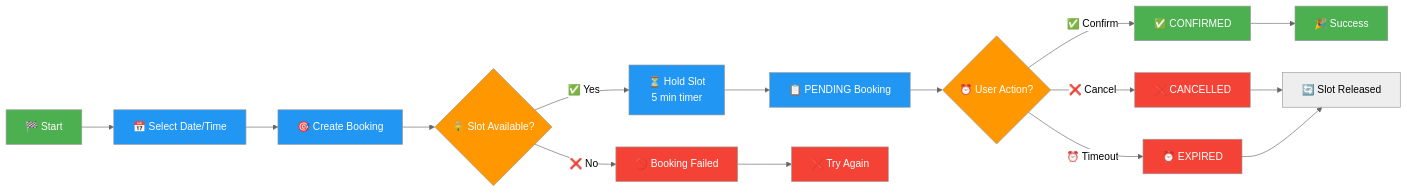
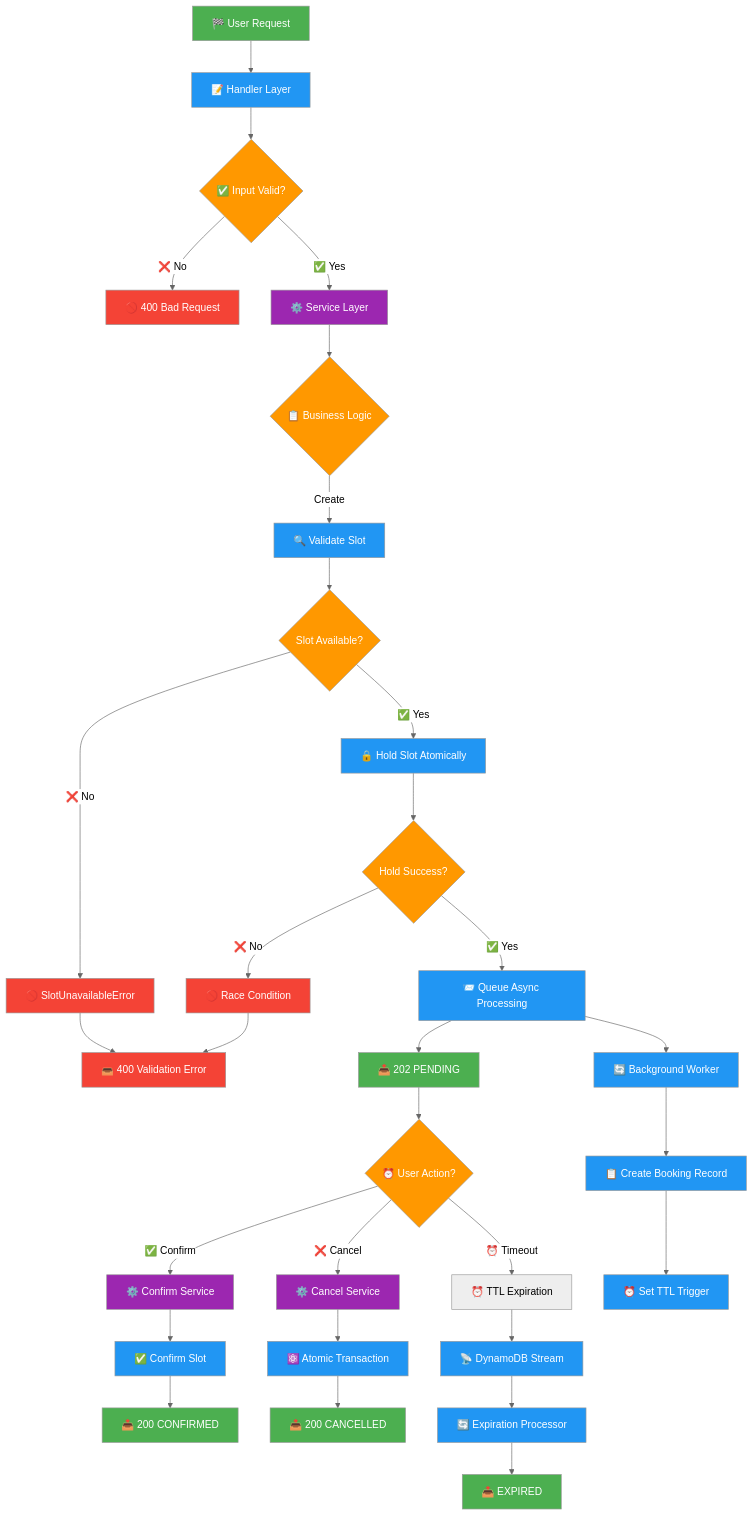
One commit to SrideviMR/AppointmentBooking changed the third of 7 diagrams in visual-flow-diagram.md. Above: the diagram before and after it, drawn with Mermaid (neutral theme). The commit also changed other lines of this file and 424 other files, not shown here.

Commit message:
added service layer

````diff
--- a/visual-flow-diagram.md
+++ b/visual-flow-diagram.md
@@ -81,38 +158,67 @@
 ```mermaid
-flowchart LR
-    %% User Journey
-    A[🏁 Start] --> B[📅 Select Date/Time]
-    B --> C[🎯 Create Booking]
-    C --> D{🔒 Slot Available?}
+flowchart TD
+    %% Start
+    A[🏁 User Request] --> B[📝 Handler Layer]
     
-    %% Success Path
-    D -->|✅ Yes| E[⏳ Hold Slot<br/>5 min timer]
-    E --> F[📋 PENDING Booking]
-    F --> G{⏰ User Action?}
+    %% Handler Processing
+    B --> C{✅ Input Valid?}
+    C -->|❌ No| D[🚫 400 Bad Request]
+    C -->|✅ Yes| E[⚙️ Service Layer]
     
-    G -->|✅ Confirm| H[✅ CONFIRMED]
-    G -->|❌ Cancel| I[❌ CANCELLED]
-    G -->|⏰ Timeout| J[⏰ EXPIRED]
+    %% Service Layer Processing
+    E --> F{📋 Business Logic}
     
-    %% Failure Path
-    D -->|❌ No| K[🚫 Booking Failed]
+    %% Create Booking Flow
+    F -->|Create| G[🔍 Validate Slot]
+    G --> H{Slot Available?}
+    H -->|❌ No| I[🚫 SlotUnavailableError]
+    H -->|✅ Yes| J[🔒 Hold Slot Atomically]
     
-    %% Final States
-    H --> L[🎉 Success]
-    I --> M[🔄 Slot Released]
-    J --> M
-    K --> N[❌ Try Again]
+    J --> K{Hold Success?}
+    K -->|❌ No| L[🚫 Race Condition]
+    K -->|✅ Yes| M[📨 Queue Async Processing]
+    M --> N[📤 202 PENDING]
+    
+    %% Background Processing
+    M --> O[🔄 Background Worker]
+    O --> P[📋 Create Booking Record]
+    P --> Q[⏰ Set TTL Trigger]
+    
+    %% User Actions
+    N --> R{⏰ User Action?}
+    R -->|✅ Confirm| S[⚙️ Confirm Service]
+    R -->|❌ Cancel| T[⚙️ Cancel Service]
+    R -->|⏰ Timeout| U[⏰ TTL Expiration]
+    
+    %% Confirm Flow
+    S --> V[✅ Confirm Slot]
+    V --> W[📤 200 CONFIRMED]
+    
+    %% Cancel Flow (Atomic)
+    T --> X[⚛️ Atomic Transaction]
+    X --> Y[📤 200 CANCELLED]
+    
+    %% TTL Expiration
+    U --> Z[📡 DynamoDB Stream]
+    Z --> AA[🔄 Expiration Processor]
+    AA --> BB[📤 EXPIRED]
+    
+    %% Error Mapping
+    I --> CC[📤 400 Validation Error]
+    L --> CC
     
     %% Styling
-    classDef startEnd fill:#4caf50,color:#fff
-    classDef process fill:#2196f3,color:#fff
-    classDef decision fill:#ff9800,color:#fff
-    classDef success fill:#4caf50,color:#fff
-    classDef error fill:#f44336,color:#fff
+    classDef startClass fill:#4caf50,color:#fff
+    classDef processClass fill:#2196f3,color:#fff
+    classDef decisionClass fill:#ff9800,color:#fff
+    classDef successClass fill:#4caf50,color:#fff
+    classDef errorClass fill:#f44336,color:#fff
+    classDef serviceClass fill:#9c27b0,color:#fff
     
-    class A,L startEnd
-    class B,C,E,F process
-    class D,G decision
-    class H success
-    class I,J,K,N error
+    class A,W,Y,BB startClass
+    class B,E,G,J,M,O,P,Q,S,T,V,X,Z,AA processClass
+    class C,F,H,K,R decisionClass
+    class N,W,Y,BB successClass
+    class D,I,L,CC errorClass
+    class E,S,T serviceClass
 ```
````
